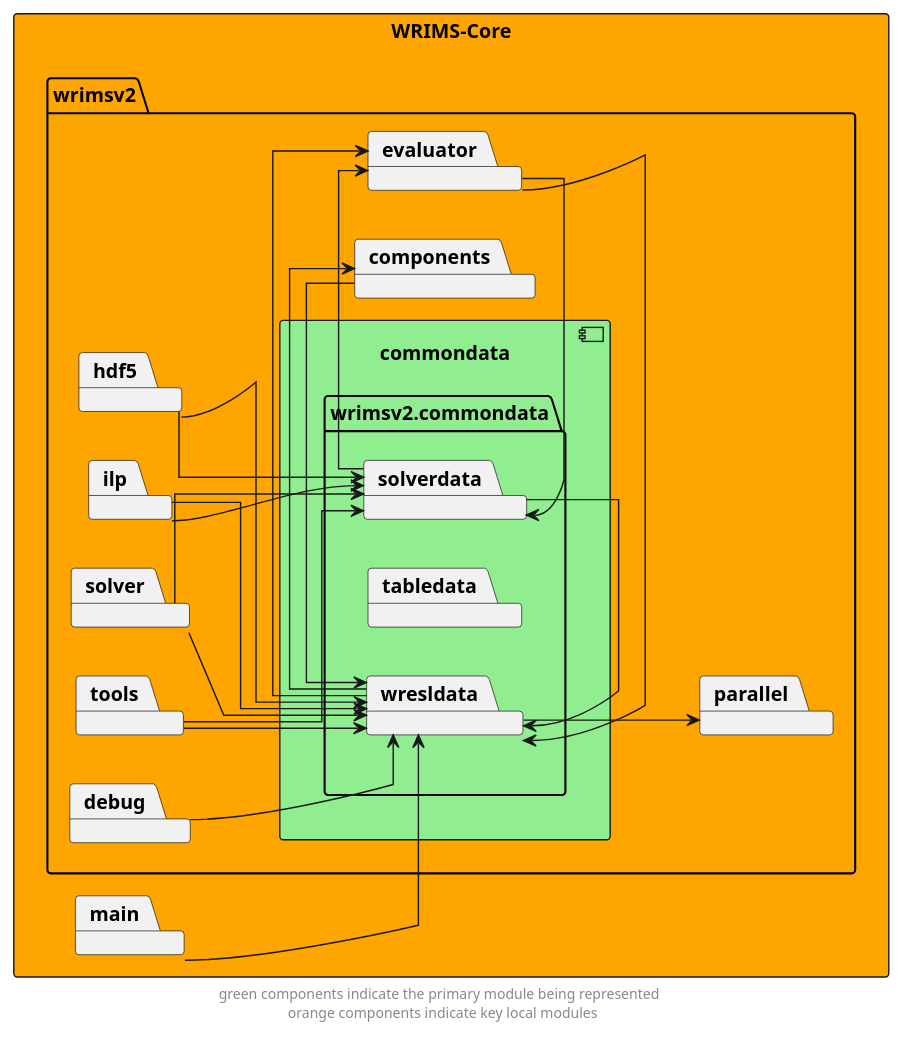
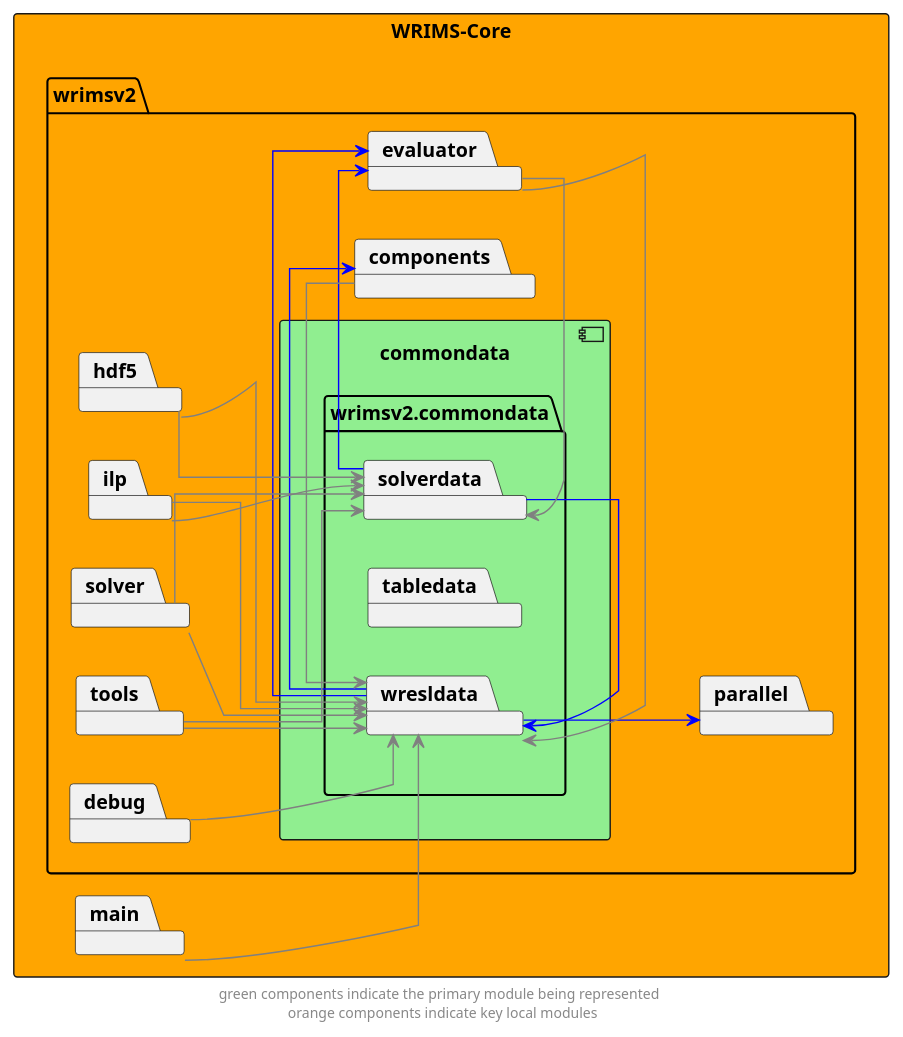
One commit to CentralValleyModeling/wrims changed the diagram in docs/diagrams/wrims-core/wrims-core_commondata.puml. Above: the diagram before and after it, drawn with PlantUML. The commit also changed 28 other files, not shown here.

```diff
--- a/docs/diagrams/wrims-core/wrims-core_commondata.puml
+++ b/docs/diagrams/wrims-core/wrims-core_commondata.puml
@@ -1,53 +1,53 @@
 @startuml
 left to right direction
 skinparam linetype ortho
 
 rectangle wrims_core as "WRIMS-Core" #orange {
     package wrimsv2 {
         component commondata #lightgreen {
             package wrimsv2.commondata{
                 package tabledata
                 package solverdata
                 package wresldata
             }
         }
         package debug
         package evaluator
         package parallel
         package components
         package hdf5
         package ilp
         package solver
         package tools
 
     }
 package main
 }
 
-wresldata --> parallel
-debug --> wresldata
-solverdata -l-> wresldata
-evaluator --> solverdata
-solverdata -r-> evaluator
-wresldata --> evaluator
-evaluator --> wresldata
-wresldata --> components
-components --> wresldata
-hdf5 -d-> solverdata
-hdf5 -d-> wresldata
-ilp --> solverdata
-ilp --> wresldata
-solver --> wresldata
-solver --> solverdata
-tools --> wresldata
-tools --> solverdata
-main --> wresldata
+wresldata --> parallel #blue
+debug --> wresldata #grey
+solverdata -l-> wresldata #blue
+evaluator --> solverdata #grey
+solverdata -r-> evaluator #blue
+wresldata --> evaluator #blue
+evaluator --> wresldata #grey
+wresldata --> components #blue
+components --> wresldata #grey
+hdf5 -d-> solverdata #grey
+hdf5 -d-> wresldata #grey
+ilp --> solverdata #grey
+ilp --> wresldata #grey
+solver --> wresldata #grey
+solver --> solverdata #grey
+tools --> wresldata #grey
+tools --> solverdata #grey
+main --> wresldata #grey
 
 ' The following relationships are hidden and used to format the diagram. They do not represent actual dependencies.
 ' solverdata -l[hidden]-> wresldata
 components -l[hidden] wrimsv2.commondata
 evaluator -d[hidden]-> tabledata
 evaluator -l[hidden]-> wrimsv2.commondata
 
 footer "green components indicate the primary module being represented \n orange components indicate key local modules"
 @enduml
```
